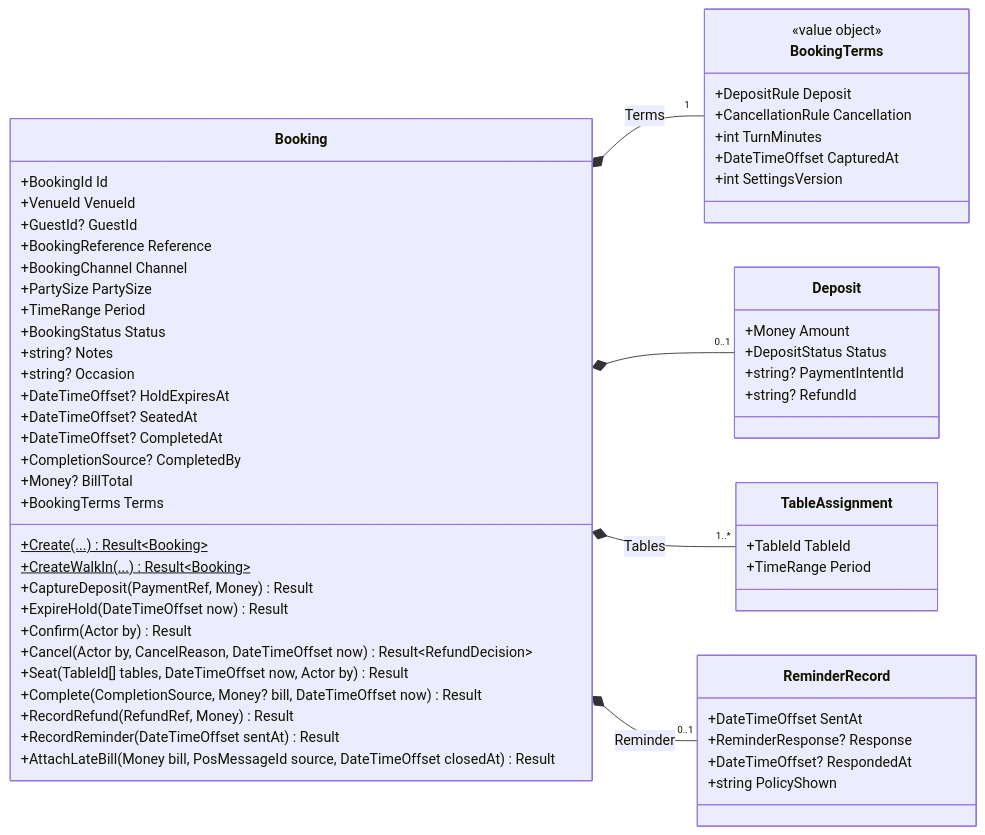
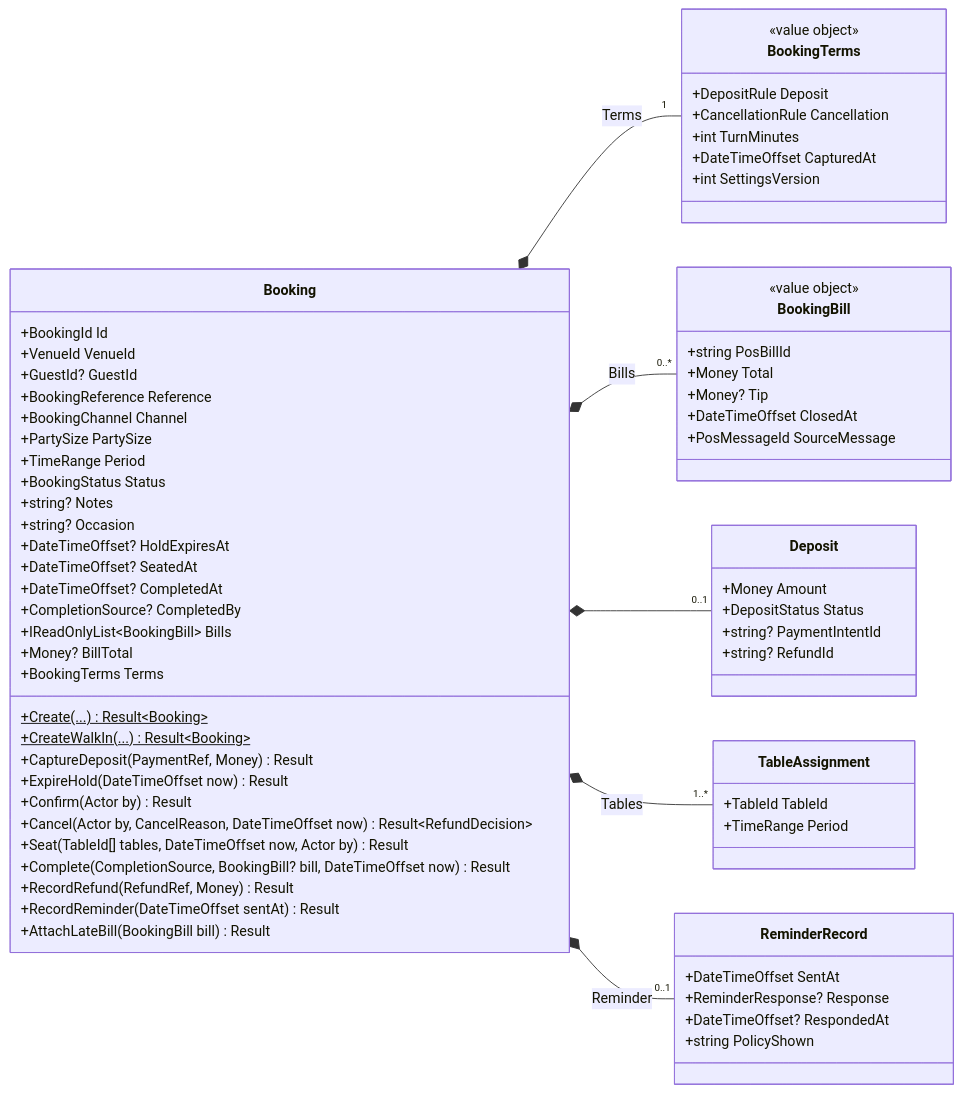
The third of 26 diagrams in docs/Design.md (ring9834/TableReservation), drawn with Mermaid before and after one commit. The commit also changed other lines of this file, not shown here.

````diff
--- a/docs/Design.md
+++ b/docs/Design.md
@@ -178,61 +178,71 @@
 ```mermaid
 classDiagram
     direction LR
     class Booking {
         +BookingId Id
         +VenueId VenueId
         +GuestId? GuestId
         +BookingReference Reference
         +BookingChannel Channel
         +PartySize PartySize
         +TimeRange Period
         +BookingStatus Status
         +string? Notes
         +string? Occasion
         +DateTimeOffset? HoldExpiresAt
         +DateTimeOffset? SeatedAt
         +DateTimeOffset? CompletedAt
         +CompletionSource? CompletedBy
+        +IReadOnlyList~BookingBill~ Bills
         +Money? BillTotal
         +BookingTerms Terms
         +Create(...)$ Result~Booking~
         +CreateWalkIn(...)$ Result~Booking~
         +CaptureDeposit(PaymentRef, Money) Result
         +ExpireHold(DateTimeOffset now) Result
         +Confirm(Actor by) Result
         +Cancel(Actor by, CancelReason, DateTimeOffset now) Result~RefundDecision~
         +Seat(TableId[] tables, DateTimeOffset now, Actor by) Result
-        +Complete(CompletionSource, Money? bill, DateTimeOffset now) Result
+        +Complete(CompletionSource, BookingBill? bill, DateTimeOffset now) Result
         +RecordRefund(RefundRef, Money) Result
         +RecordReminder(DateTimeOffset sentAt) Result
-        +AttachLateBill(Money bill, PosMessageId source, DateTimeOffset closedAt) Result
+        +AttachLateBill(BookingBill bill) Result
     }
     class Deposit {
         +Money Amount
         +DepositStatus Status
         +string? PaymentIntentId
         +string? RefundId
     }
     class TableAssignment {
         +TableId TableId
         +TimeRange Period
     }
     class ReminderRecord {
         +DateTimeOffset SentAt
         +ReminderResponse? Response
         +DateTimeOffset? RespondedAt
         +string PolicyShown
     }
     class BookingTerms {
         <<value object>>
         +DepositRule Deposit
         +CancellationRule Cancellation
         +int TurnMinutes
         +DateTimeOffset CapturedAt
         +int SettingsVersion
     }
     Booking *-- "1" BookingTerms : Terms
+    class BookingBill {
+        <<value object>>
+        +string PosBillId
+        +Money Total
+        +Money? Tip
+        +DateTimeOffset ClosedAt
+        +PosMessageId SourceMessage
+    }
+    Booking *-- "0..*" BookingBill : Bills
     Booking *-- "0..1" Deposit
     Booking *-- "1..*" TableAssignment : Tables
     Booking *-- "0..1" ReminderRecord : Reminder
 ```
````
